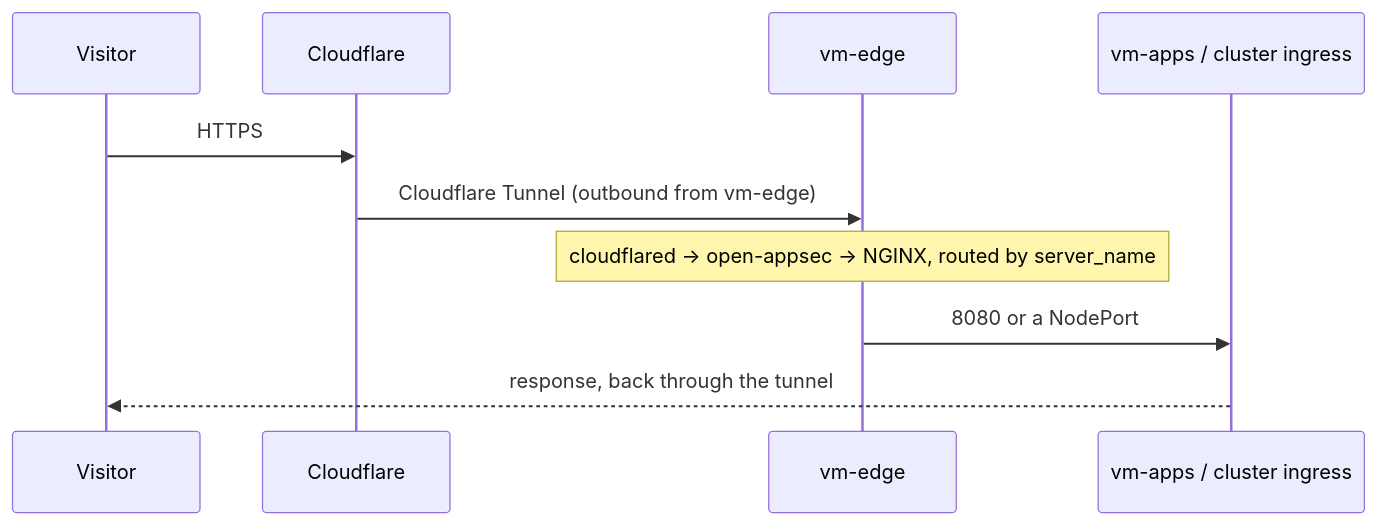
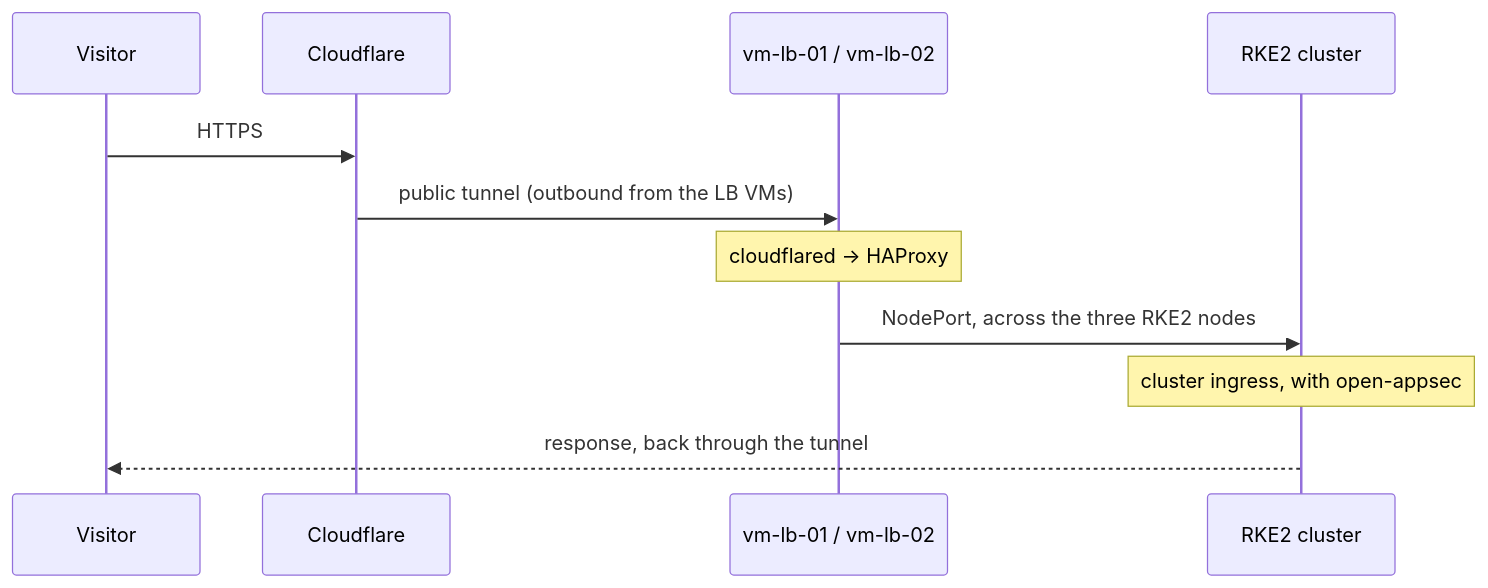
One commit to 0xc0-homelab/infrastructure changed the fourth of 7 diagrams in docs/architecture.md. Above: the diagram before and after it, drawn with Mermaid. The commit also changed other lines of this file and 16 other files, not shown here.

First line of the commit message:
feat(zones)!: move to three zones for the cluster (#86)

````diff
--- a/docs/architecture.md
+++ b/docs/architecture.md
@@ -153,13 +153,14 @@
 ```mermaid
 sequenceDiagram
   participant U as Visitor
   participant CF as Cloudflare
-  participant E as vm-edge
-  participant A as vm-apps / cluster ingress
+  participant LB as vm-lb-01 / vm-lb-02
+  participant K as RKE2 cluster
 
   U->>CF: HTTPS
-  CF->>E: Cloudflare Tunnel (outbound from vm-edge)
-  Note over E: cloudflared → open-appsec → NGINX, routed by server_name
-  E->>A: 8080 or a NodePort
-  A-->>U: response, back through the tunnel
+  CF->>LB: public tunnel (outbound from the LB VMs)
+  Note over LB: cloudflared → HAProxy
+  LB->>K: NodePort, across the three RKE2 nodes
+  Note over K: cluster ingress, with open-appsec
+  K-->>U: response, back through the tunnel
 ```
````
